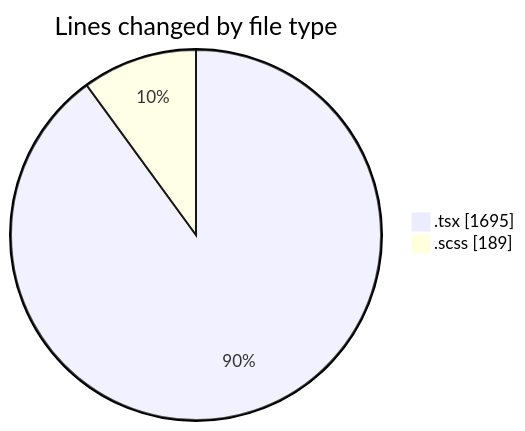
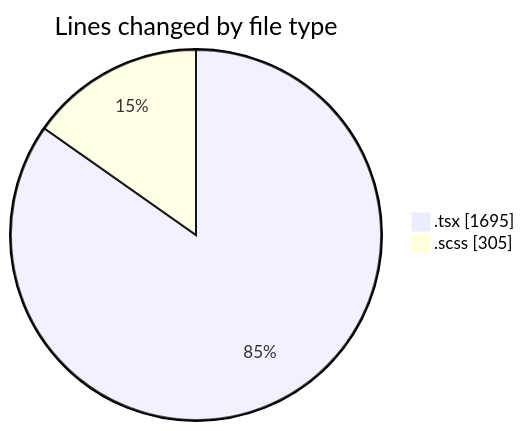
Before and after one commit to momahboobian/code-tracking: the first of 2 diagrams in 2025-09-30/cda/README.md, drawn with Mermaid. The commit also changed other lines of this file and 1 other file, not shown here.

````diff
--- a/2025-09-30/cda/README.md
+++ b/2025-09-30/cda/README.md
@@ -23,6 +23,6 @@
 ```mermaid
 pie showData
 title Lines changed by file type
 ".tsx" : 1695
-".scss" : 189
+".scss" : 305
 ```
````
